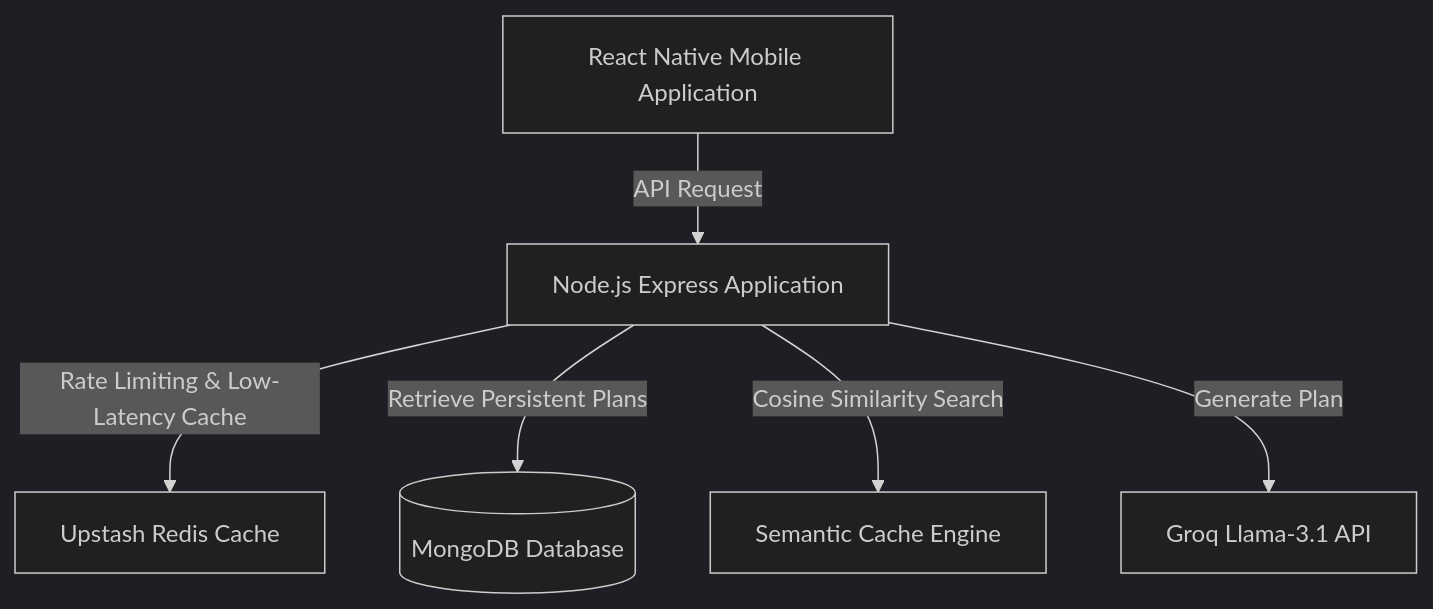
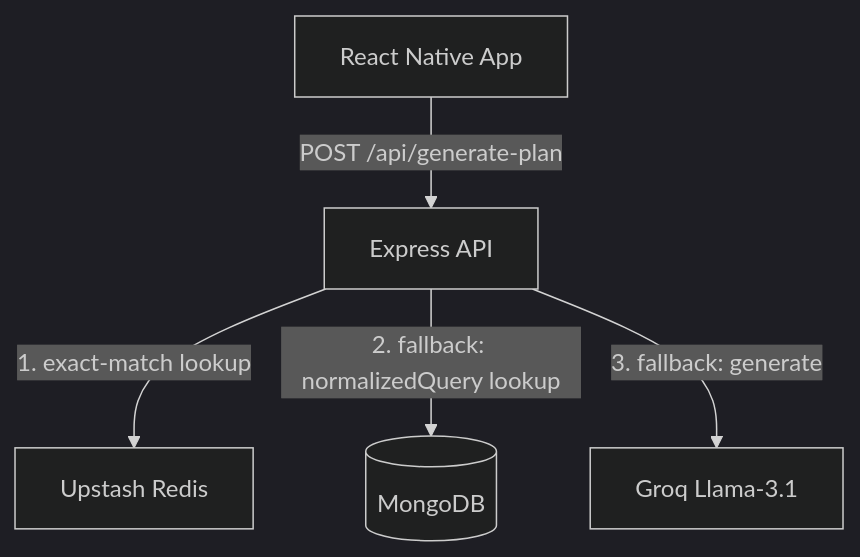
The diagram in README.md (progressmantraclasses/Hobby-Hub), drawn with Mermaid (dark theme) before and after one commit. The commit also changed other lines of this file and 3 other files, not shown here.

````diff
--- a/README.md
+++ b/README.md
@@ -124,8 +168,7 @@
 ```mermaid
 graph TD
-    Client[React Native Mobile Application] -->|API Request| Backend[Node.js Express Application]
-    Backend -->|Rate Limiting & Low-Latency Cache| Redis[Upstash Redis Cache]
-    Backend -->|Retrieve Persistent Plans| MongoDB[(MongoDB Database)]
-    Backend -->|Cosine Similarity Search| SemanticSearch[Semantic Cache Engine]
-    Backend -->|Generate Plan| LLM[Groq Llama-3.1 API]
+    Client[React Native App] -->|POST /api/generate-plan| Backend[Express API]
+    Backend -->|1. exact-match lookup| Redis[Upstash Redis]
+    Backend -->|2. fallback: normalizedQuery lookup| MongoDB[(MongoDB)]
+    Backend -->|3. fallback: generate| LLM[Groq Llama-3.1]
 ```
````
